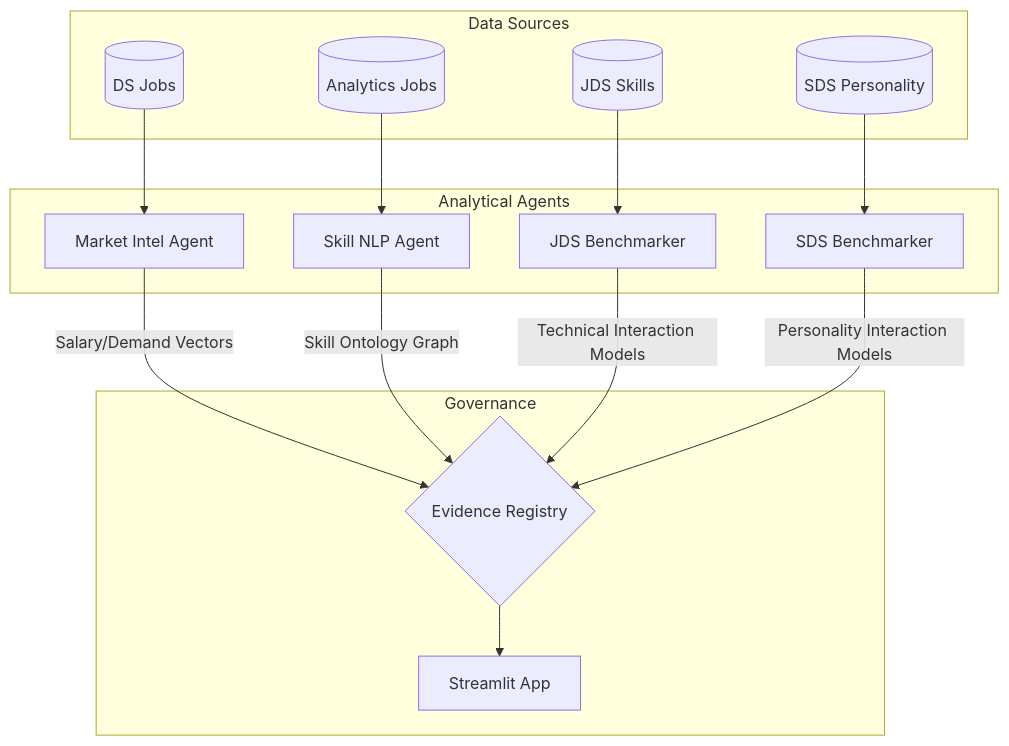
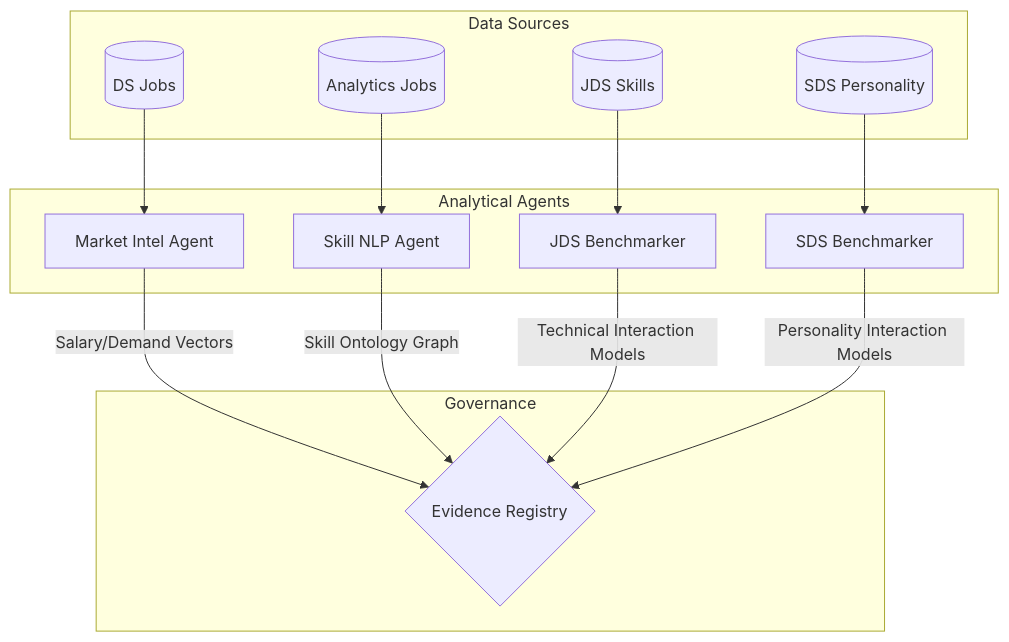
The first of 3 diagrams in README.md (17prabhanshu/ctrl-shift-n-winpeat), drawn with Mermaid before and after one commit. The commit also changed other lines of this file and 3 other files, not shown here.

````diff
--- a/README.md
+++ b/README.md
@@ -36,33 +35,33 @@
 ```mermaid
 graph TD
     subgraph Data Sources
         D1[(Analytics Jobs)]
         D2[(DS Jobs)]
         D3[(JDS Skills)]
         D4[(SDS Personality)]
     end
 
     subgraph Analytical Agents
         A1[Market Intel Agent]
         A2[Skill NLP Agent]
         A3[JDS Benchmarker]
         A4[SDS Benchmarker]
     end
 
     subgraph Governance
         ER{Evidence Registry}
-        ST[Streamlit App]
+        
     end
 
     D1 --> A2
     D2 --> A1
     D3 --> A3
     D4 --> A4
 
     A1 -->|Salary/Demand Vectors| ER
     A2 -->|Skill Ontology Graph| ER
     A3 -->|Technical Interaction Models| ER
     A4 -->|Personality Interaction Models| ER
 
-    ER --> ST
+    
 ```
````
